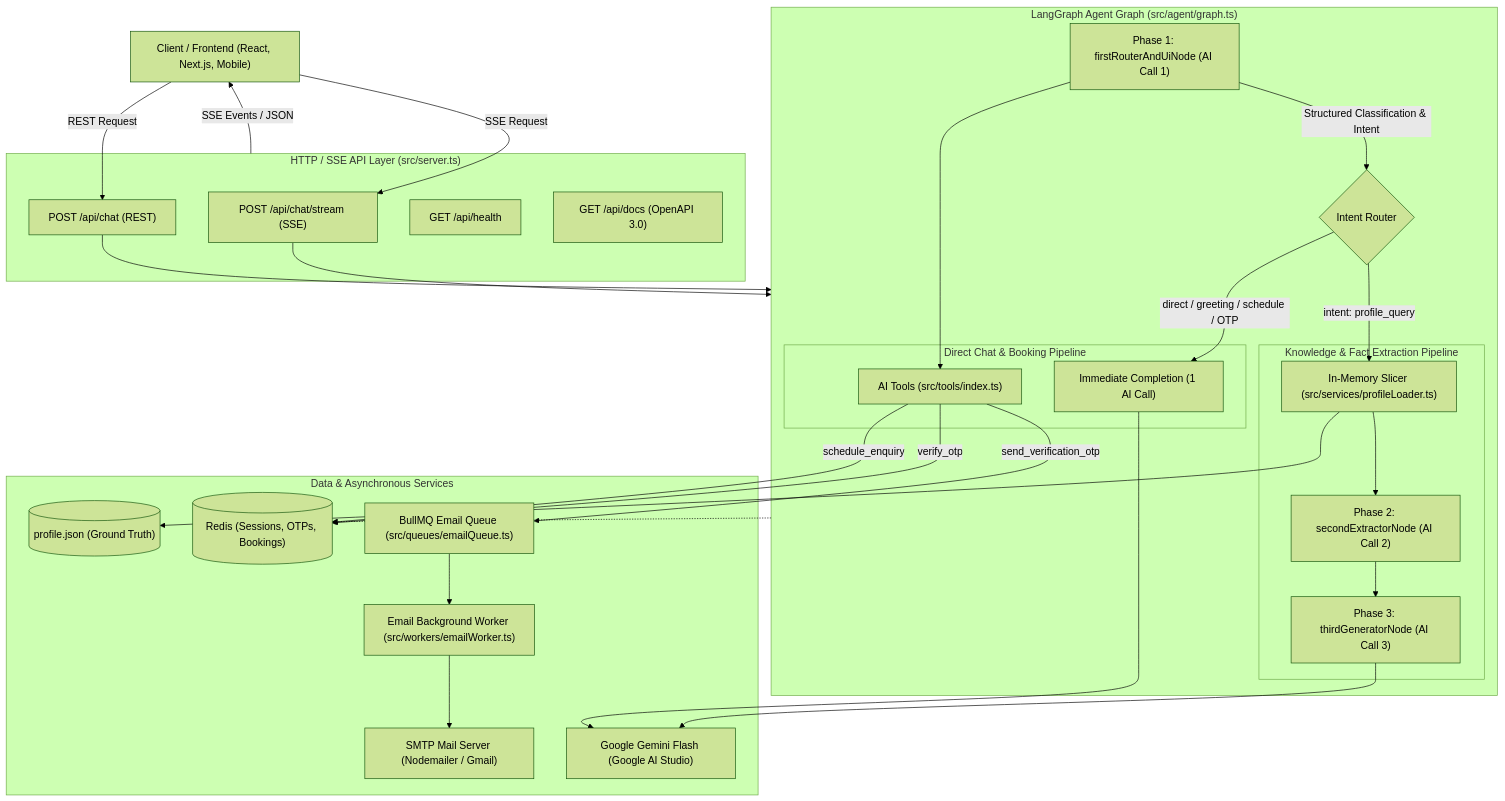
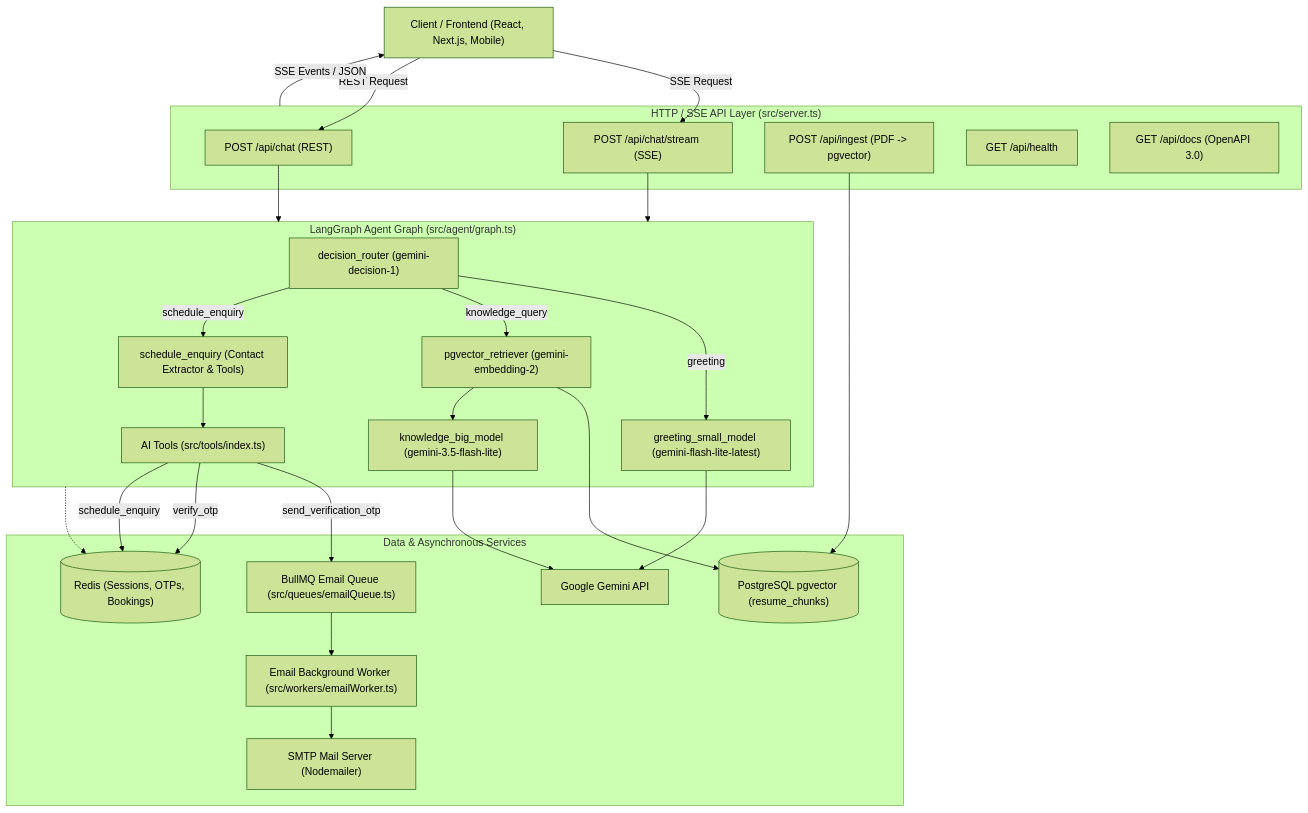
One commit to vyshn4v/YohoAiAgent changed the first of 3 diagrams in docs/ARCHITECTURE.md. Above: the diagram before and after it, drawn with Mermaid (forest theme). The commit also changed other lines of this file and 13 other files, not shown here.

````diff
--- a/docs/ARCHITECTURE.md
+++ b/docs/ARCHITECTURE.md
@@ -19,61 +19,54 @@
 ```mermaid
 flowchart TD
     Client["Client / Frontend (React, Next.js, Mobile)"]
     
     subgraph ExpressLayer ["HTTP / SSE API Layer (src/server.ts)"]
         StreamAPI["POST /api/chat/stream (SSE)"]
         RestAPI["POST /api/chat (REST)"]
+        IngestAPI["POST /api/ingest (PDF -> pgvector)"]
         HealthAPI["GET /api/health"]
         SwaggerAPI["GET /api/docs (OpenAPI 3.0)"]
     end
 
     subgraph LangGraphLayer ["LangGraph Agent Graph (src/agent/graph.ts)"]
-        Node1["Phase 1: firstRouterAndUiNode (AI Call 1)"]
-        Router{"Intent Router"}
-        
-        subgraph KnowledgePipeline ["Knowledge & Fact Extraction Pipeline"]
-            Slicer["In-Memory Slicer (src/services/profileLoader.ts)"]
-            Node2["Phase 2: secondExtractorNode (AI Call 2)"]
-            Node3["Phase 3: thirdGeneratorNode (AI Call 3)"]
-        end
-        
-        subgraph DirectPipeline ["Direct Chat & Booking Pipeline"]
-            DirectComplete["Immediate Completion (1 AI Call)"]
-            Tools["AI Tools (src/tools/index.ts)"]
-        end
+        Router["decision_router (gemini-decision-1)"]
+        Greeting["greeting_small_model (gemini-flash-lite-latest)"]
+        Retriever["pgvector_retriever (gemini-embedding-2)"]
+        Knowledge["knowledge_big_model (gemini-3.5-flash-lite)"]
+        Scheduler["schedule_enquiry (Contact Extractor & Tools)"]
+        Tools["AI Tools (src/tools/index.ts)"]
     end
 
     subgraph DataLayer ["Data & Asynchronous Services"]
-        ProfileJSON[("profile.json (Ground Truth)")]
+        PgVectorDB[("PostgreSQL pgvector (resume_chunks)")]
         RedisDB[("Redis (Sessions, OTPs, Bookings)")]
         BullQueue["BullMQ Email Queue (src/queues/emailQueue.ts)"]
         Worker["Email Background Worker (src/workers/emailWorker.ts)"]
-        SMTP["SMTP Mail Server (Nodemailer / Gmail)"]
-        GeminiAPI["Google Gemini Flash (Google AI Studio)"]
+        SMTP["SMTP Mail Server (Nodemailer)"]
+        GeminiAPI["Google Gemini API"]
     end
 
     Client -->|SSE Request| StreamAPI
     Client -->|REST Request| RestAPI
     StreamAPI --> LangGraphLayer
     RestAPI --> LangGraphLayer
+    IngestAPI --> PgVectorDB
 
-    Node1 -->|Structured Classification & Intent| Router
-    Router -->|intent: profile_query| Slicer
-    Router -->|direct / greeting / schedule / OTP| DirectComplete
+    Router -->|greeting| Greeting
+    Router -->|knowledge_query| Retriever
+    Router -->|schedule_enquiry| Scheduler
+    Retriever --> PgVectorDB
+    Retriever --> Knowledge
 
-    Slicer --> ProfileJSON
-    Slicer --> Node2
-    Node2 --> Node3
-    Node3 --> GeminiAPI
-
-    Node1 --> Tools
-    DirectComplete --> GeminiAPI
+    Greeting --> GeminiAPI
+    Knowledge --> GeminiAPI
+    Scheduler --> Tools
     Tools -->|send_verification_otp| BullQueue
     Tools -->|verify_otp| RedisDB
     Tools -->|schedule_enquiry| RedisDB
 
     BullQueue --> Worker
     Worker --> SMTP
     LangGraphLayer -.-> RedisDB
     ExpressLayer -->|SSE Events / JSON| Client
 ```
````
